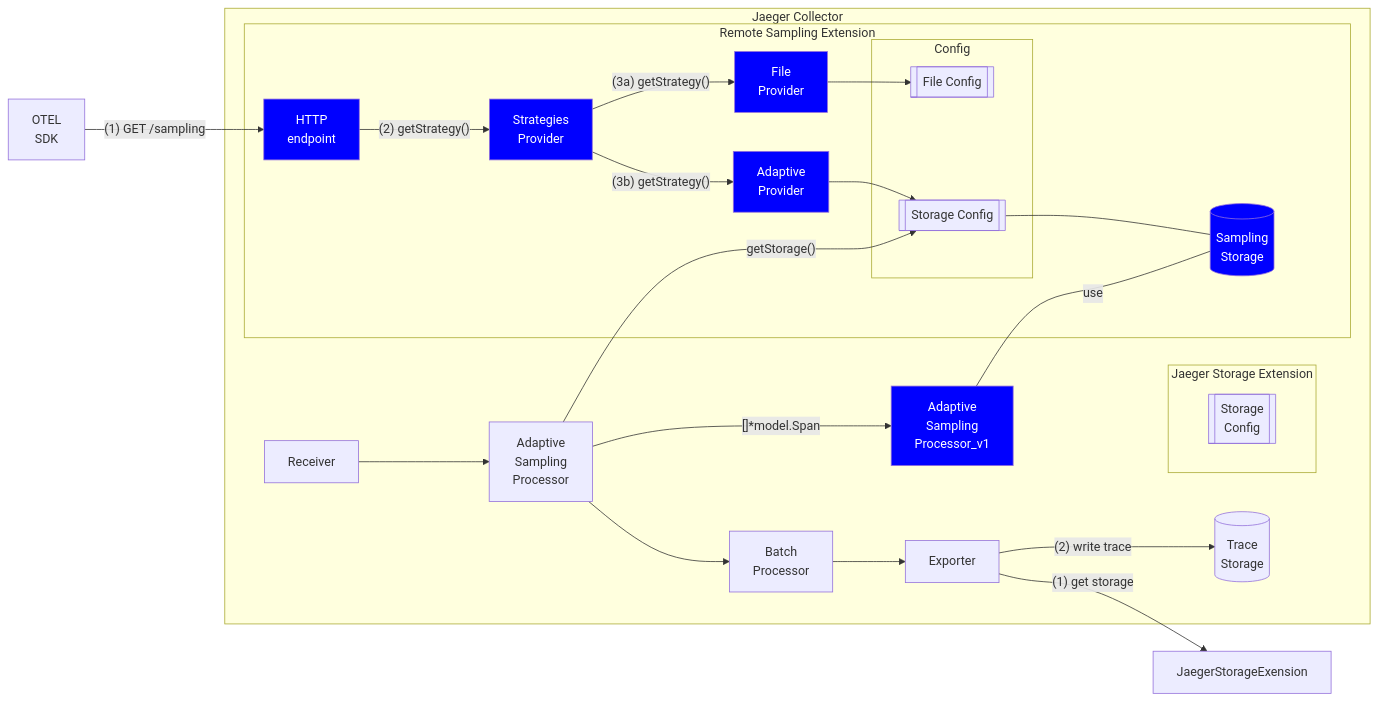
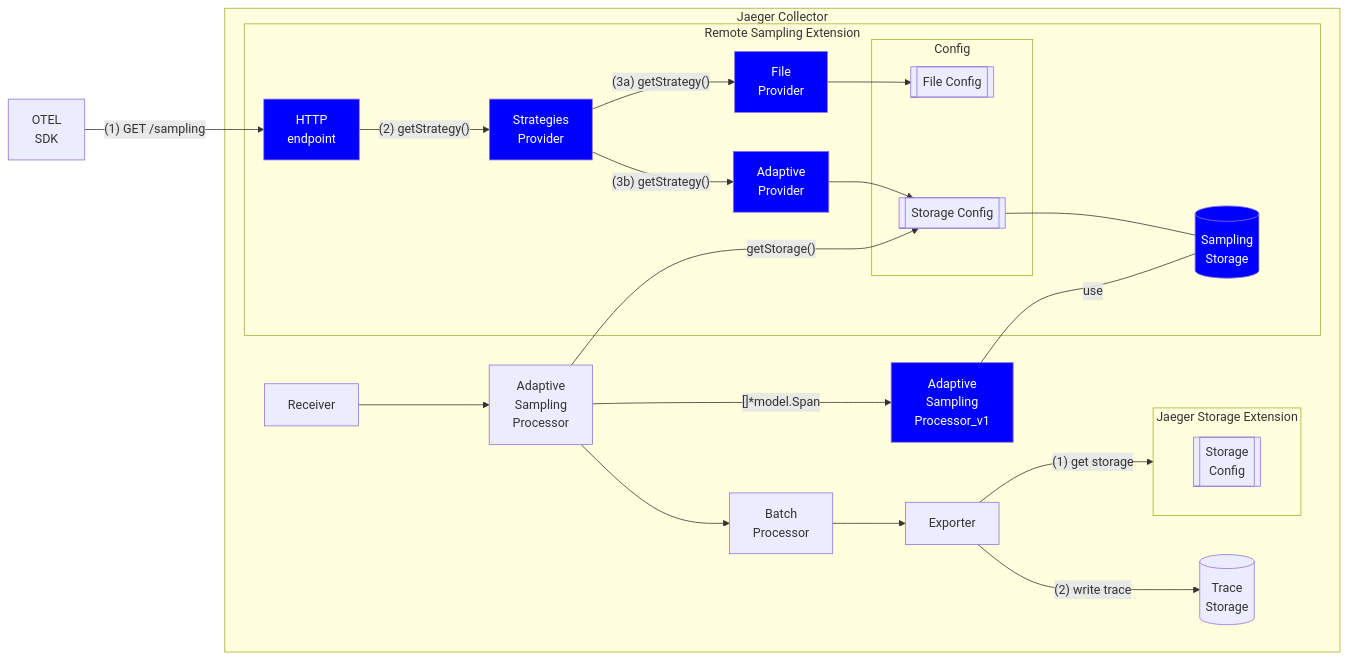
Before and after one commit to jaegertracing/jaeger: the diagram in cmd/jaeger/internal/extension/remotesampling/README.md, drawn with Mermaid. The commit also changed 1 other file, not shown here.

Commit message:
Fix typos in README files (#8774)
Fixes #8773

Fixes a few spelling typos in README files:
- `cmd/jaeger/README.md`: "verions" → "versions"
- `cmd/jaeger/internal/extension/remotesampling/README.md`: "Exension" →
"Extension"
- `cmd/jaeger/internal/integration/README.md`: "Exension" → "Extension"
- `cmd/jaeger/internal/extension/expvar/README.md`: "implementaion" →
"implementation"

Documentation-only change; no code or behavior affected.

---------

````diff
--- a/cmd/jaeger/internal/extension/remotesampling/README.md
+++ b/cmd/jaeger/internal/extension/remotesampling/README.md
@@ -5,62 +5,62 @@
 ```mermaid
 flowchart LR
     Receiver --> AdaptiveSamplingProcessor --> BatchProcessor --> Exporter
-    Exporter -->|"(1) get storage"| JaegerStorageExension
+    Exporter -->|"(1) get storage"| JaegerStorageExtension
     Exporter -->|"(2) write trace"| TraceStorage
     AdaptiveSamplingProcessor -->|"getStorage()"| StorageConfig
 
     OTEL_SDK[OTEL
              SDK]
     OTEL_SDK -->|"(1) GET /sampling"| HTTP_endpoint
     HTTP_endpoint -->|"(2) getStrategy()"| StrategiesProvider
     style HTTP_endpoint fill:blue,color:white
 
     subgraph Jaeger Collector
         Receiver
         BatchProcessor[Batch
                        Processor]
         Exporter
         TraceStorage[(Trace
                       Storage)]
         AdaptiveSamplingProcessor[Adaptive
                                   Sampling
                                   Processor]
         AdaptiveSamplingProcessorV1[Adaptive
                                     Sampling
                                     Processor_v1]
         style AdaptiveSamplingProcessorV1 fill:blue,color:white
         AdaptiveSamplingProcessor -->|"[]*model.Span"| AdaptiveSamplingProcessorV1
         AdaptiveSamplingProcessorV1 ---|use| SamplingStorage
 
         subgraph JaegerStorageExtension[Jaeger Storage Extension]
             Storage[[Storage
                      Config]]
         end
         subgraph RemoteSamplingExtension[Remote Sampling Extension]
             StrategiesProvider -->|"(3b) getStrategy()"| AdaptiveProvider
             StrategiesProvider -->|"(3a) getStrategy()"| FileProvider
             FileProvider --> FileConfig
             AdaptiveProvider --> StorageConfig
 
             HTTP_endpoint[HTTP
                           endpoint]
             StrategiesProvider[Strategies
                                Provider]
             FileProvider[File
                          Provider]
             AdaptiveProvider[Adaptive
                              Provider]
             style StrategiesProvider fill:blue,color:white
             style FileProvider fill:blue,color:white
             style AdaptiveProvider fill:blue,color:white
             subgraph Config
                 FileConfig[[File Config]]
                 StorageConfig[[Storage Config]]
             end
             StorageConfig --- SamplingStorage
             SamplingStorage[(Sampling
                              Storage)]
             style SamplingStorage fill:blue,color:white
         end
     end
 ```
````
